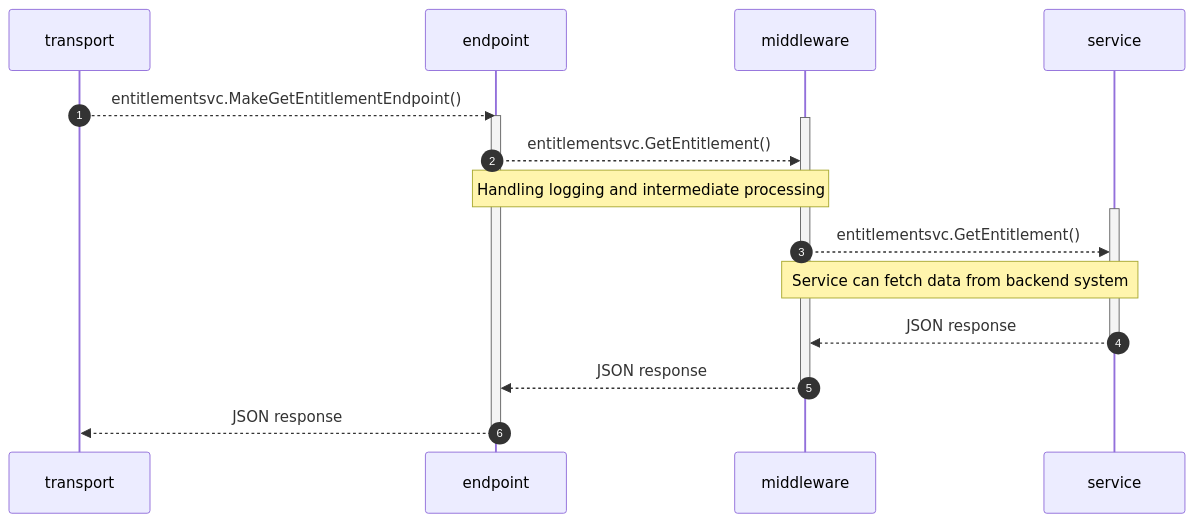
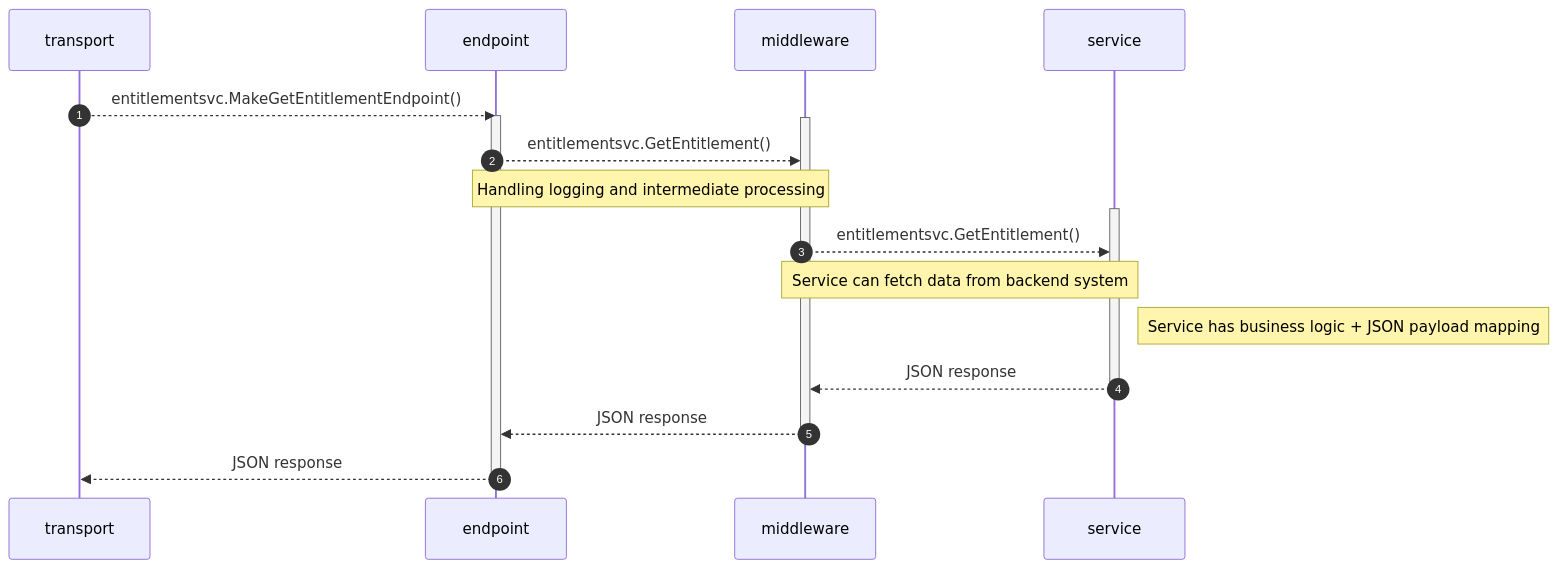
The diagram in README.md (ankurkumarz/golang-gokit-service-blueprint), drawn with Mermaid before and after one commit.

````diff
--- a/README.md
+++ b/README.md
@@ -24,23 +24,24 @@
 ```mermaid
 sequenceDiagram
     autonumber
     transport-->>endpoint: entitlementsvc.MakeGetEntitlementEndpoint()
     activate endpoint
 
     activate middleware
     endpoint-->>middleware: entitlementsvc.GetEntitlement()
     Note over endpoint,middleware: Handling logging and intermediate processing
 
     activate service
     middleware-->>service: entitlementsvc.GetEntitlement()
     Note over middleware,service: Service can fetch data from backend system
+    Note right of service: Service has business logic + JSON payload mapping
 
     service-->>middleware: JSON response
     deactivate service
 
     middleware-->>endpoint: JSON response
     deactivate middleware
 
     endpoint-->>transport: JSON response
     deactivate endpoint
 ```
````
